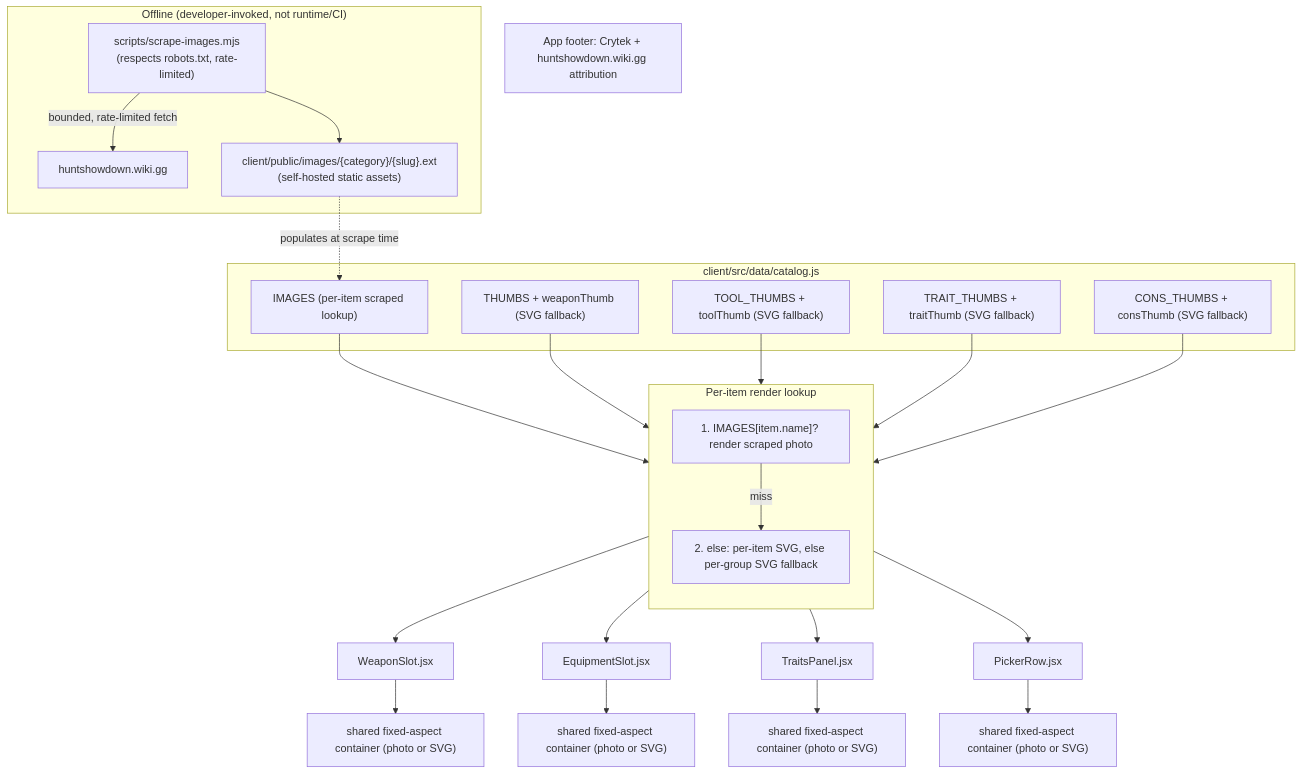
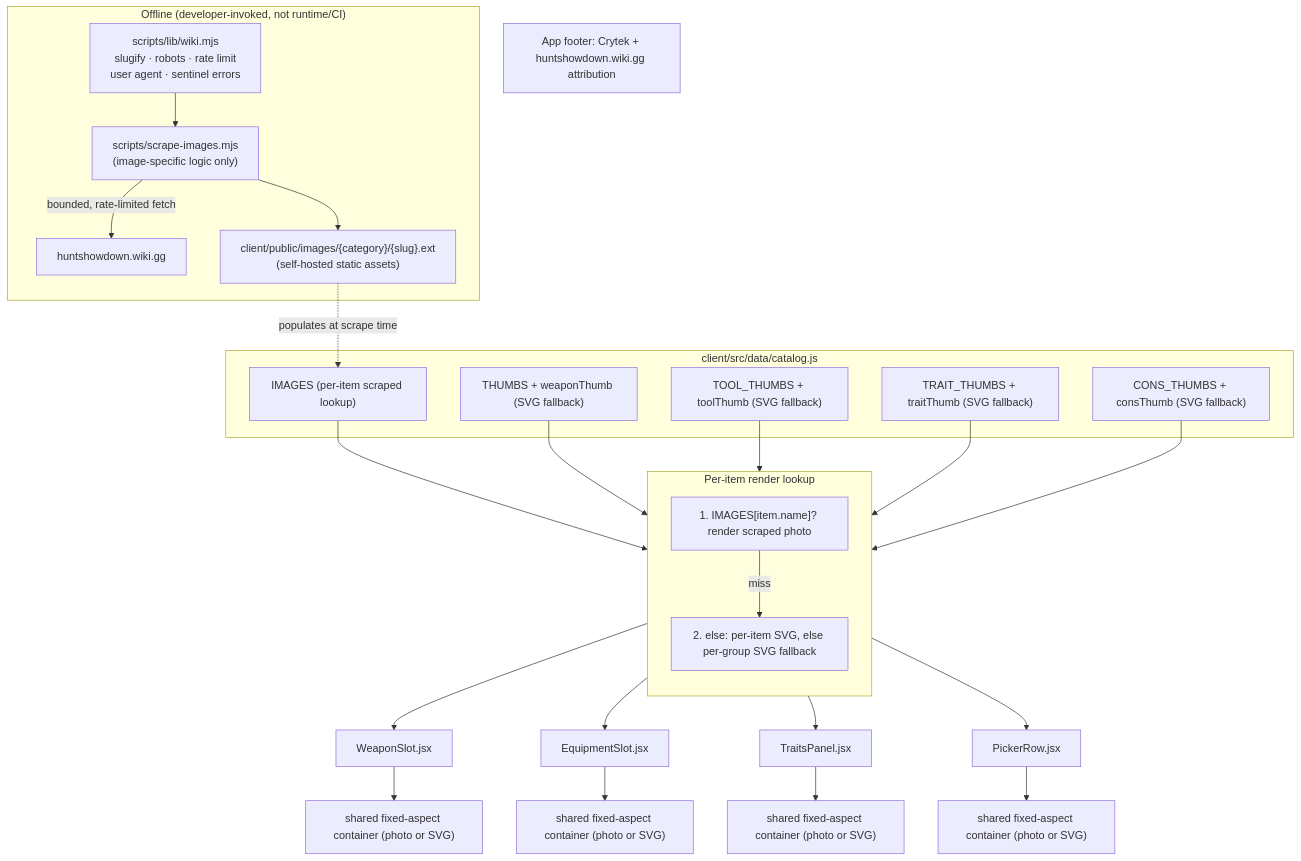
One commit to jonstump/the-outfitter changed the diagram in docs/openspec/specs/equipment-iconography/design.md. Above: the diagram before and after it, drawn with Mermaid. The commit also changed other lines of this file and 2 other files, not shown here.

First paragraph of the commit message:
docs: correct three stale notes found by the documentation backlog (#533)
Docs and comments only. No source behaviour changes, no normative
requirement text touched, no spec.md edited.

````diff
--- a/docs/openspec/specs/equipment-iconography/design.md
+++ b/docs/openspec/specs/equipment-iconography/design.md
@@ -61,44 +61,46 @@
 ```mermaid
 flowchart TD
     subgraph offline["Offline (developer-invoked, not runtime/CI)"]
-        SCRIPT["scripts/scrape-images.mjs\n(respects robots.txt, rate-limited)"]
+        LIB["scripts/lib/wiki.mjs\nslugify · robots · rate limit\nuser agent · sentinel errors"]
+        SCRIPT["scripts/scrape-images.mjs\n(image-specific logic only)"]
         WIKI["huntshowdown.wiki.gg"]
+        LIB --> SCRIPT
         SCRIPT -->|"bounded, rate-limited fetch"| WIKI
         SCRIPT --> ASSETS["client/public/images/{category}/{slug}.ext\n(self-hosted static assets)"]
     end
 
     subgraph catalog["client/src/data/catalog.js"]
         IMG["IMAGES (per-item scraped lookup)"]
         WT["THUMBS + weaponThumb (SVG fallback)"]
         TT["TOOL_THUMBS + toolThumb (SVG fallback)"]
         RT["TRAIT_THUMBS + traitThumb (SVG fallback)"]
         CT["CONS_THUMBS + consThumb (SVG fallback)"]
     end
 
     ASSETS -.->|populates at scrape time| IMG
 
     subgraph lookup["Per-item render lookup"]
         direction TB
         L1["1. IMAGES[item.name]? render scraped photo"]
         L2["2. else: per-item SVG, else per-group SVG fallback"]
         L1 -->|miss| L2
     end
 
     IMG --> lookup
     WT --> lookup
     TT --> lookup
     RT --> lookup
     CT --> lookup
 
     lookup --> WS[WeaponSlot.jsx]
     lookup --> ES[EquipmentSlot.jsx]
     lookup --> TP[TraitsPanel.jsx]
     lookup --> PR[PickerRow.jsx]
 
     WS --> FRAME1["shared fixed-aspect container (photo or SVG)"]
     ES --> FRAME2["shared fixed-aspect container (photo or SVG)"]
     TP --> FRAME3["shared fixed-aspect container (photo or SVG)"]
     PR --> FRAME4["shared fixed-aspect container (photo or SVG)"]
 
     FOOTER["App footer: Crytek + huntshowdown.wiki.gg attribution"]
 ```
````
